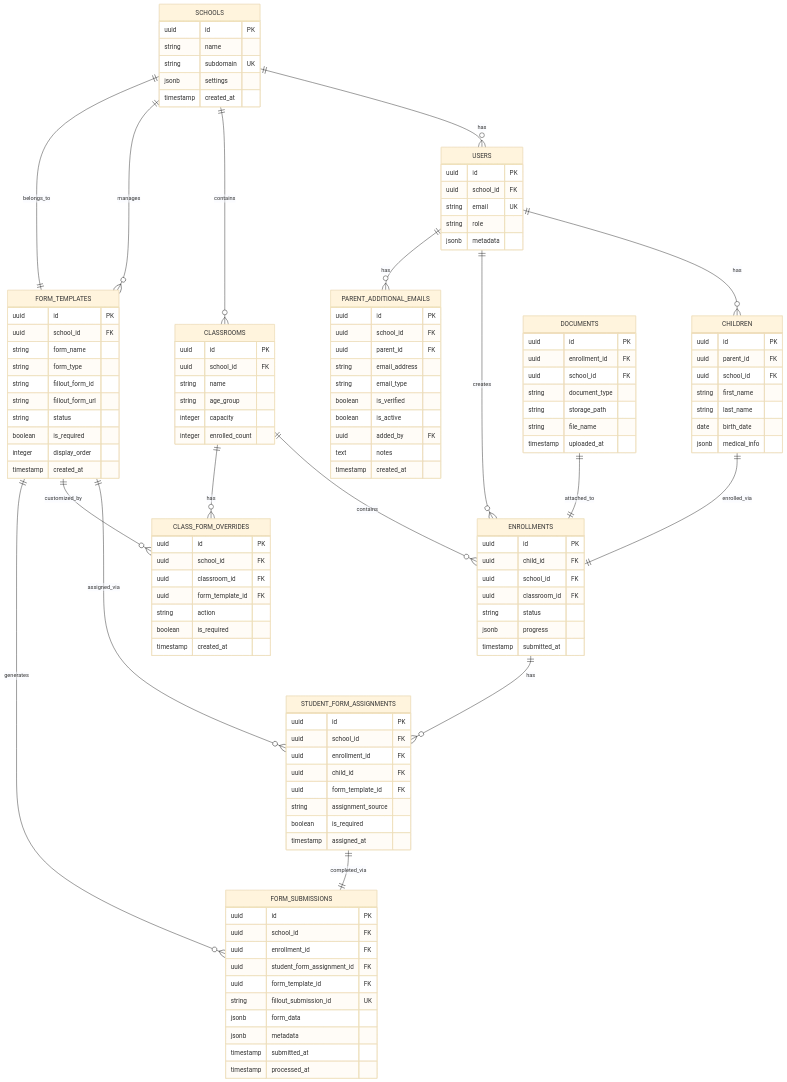
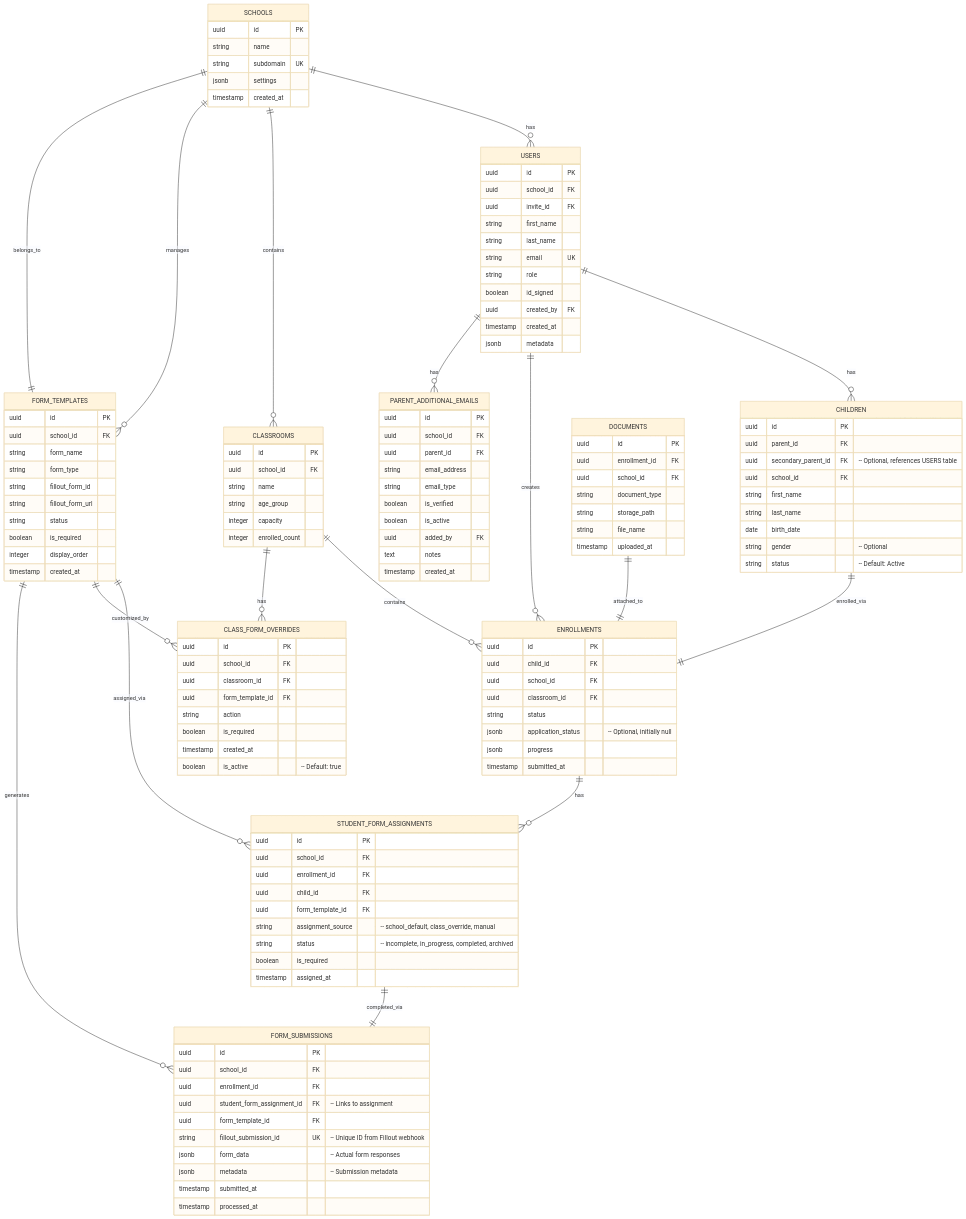
One commit to arjavatech/goddard_rust_pack changed the third of 27 diagrams in docs/System_Architecture_Design.md. Above: the diagram before and after it, drawn with Mermaid (base theme). The commit also changed 3 other files, not shown here.

Commit message:
System Architecture and API Specification changes

```diff
--- a/docs/System_Architecture_Design.md
+++ b/docs/System_Architecture_Design.md
@@ -168,8 +168,14 @@
     USERS {
         uuid id PK
         uuid school_id FK
+        uuid invite_id FK
+        string first_name
+        string last_name
         string email UK
         string role
+        boolean id_signed
+        uuid created_by FK
+        timestamp created_at
         jsonb metadata
     }
     
@@ -190,11 +196,13 @@
     CHILDREN {
         uuid id PK
         uuid parent_id FK
+        uuid secondary_parent_id FK "-- Optional, references USERS table"
         uuid school_id FK
         string first_name
         string last_name
         date birth_date
-        jsonb medical_info
+        string gender "-- Optional"
+        string status "-- Default: Active"
     }
     
     ENROLLMENTS ||--o{ STUDENT_FORM_ASSIGNMENTS : has
@@ -204,6 +212,7 @@
         uuid school_id FK
         uuid classroom_id FK
         string status
+        jsonb application_status "-- Optional, initially null"
         jsonb progress
         timestamp submitted_at
     }
@@ -244,6 +253,7 @@
         string action
         boolean is_required
         timestamp created_at
+        boolean is_active "-- Default: true"
     }
     
     STUDENT_FORM_ASSIGNMENTS ||--|| FORM_SUBMISSIONS : completed_via
@@ -253,20 +263,21 @@
         uuid enrollment_id FK
         uuid child_id FK
         uuid form_template_id FK
-        string assignment_source
+        string assignment_source "-- school_default, class_override, manual"
+        string status "-- incomplete, in_progress, completed, archived"
         boolean is_required
         timestamp assigned_at
     }
-    
+
     FORM_SUBMISSIONS {
         uuid id PK
         uuid school_id FK
         uuid enrollment_id FK
-        uuid student_form_assignment_id FK
+        uuid student_form_assignment_id FK "-- Links to assignment"
         uuid form_template_id FK
-        string fillout_submission_id UK
-        jsonb form_data
-        jsonb metadata
+        string fillout_submission_id UK "-- Unique ID from Fillout webhook"
+        jsonb form_data "-- Actual form responses"
+        jsonb metadata "-- Submission metadata"
         timestamp submitted_at
         timestamp processed_at
     }
```
